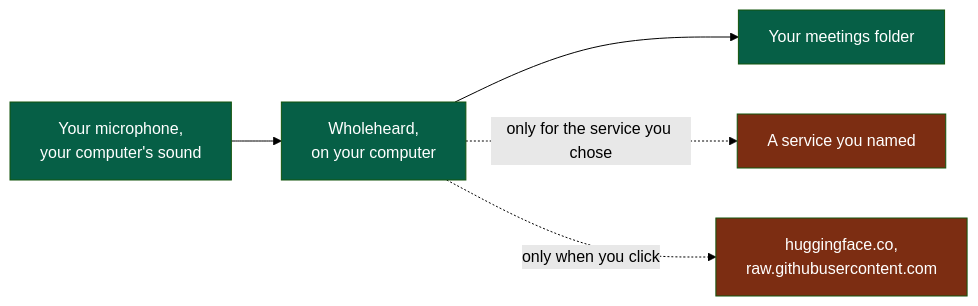
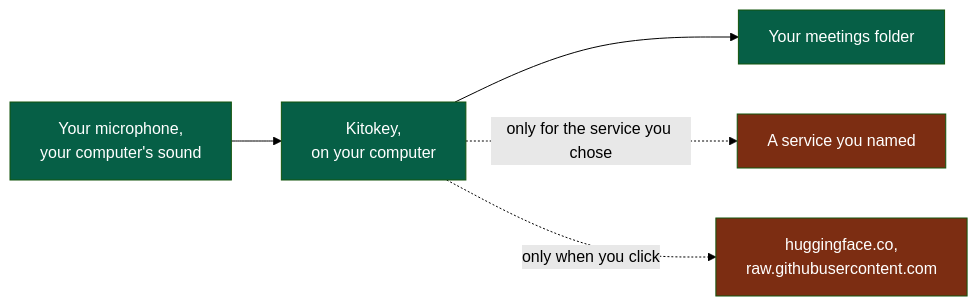
One commit to NapkinStack/kitokey changed the diagram in docs/privacy.md. Above: the diagram before and after it, drawn with Mermaid (forest theme). The commit also changed other lines of this file and 15 other files, not shown here.

````diff
--- a/docs/privacy.md
+++ b/docs/privacy.md
@@ -6,8 +6,8 @@
 ```mermaid
 flowchart LR
-    M["Your microphone,<br/>your computer's sound"]:::here --> W["Wholeheard,<br/>on your computer"]:::here --> F["Your meetings folder"]:::here
+    M["Your microphone,<br/>your computer's sound"]:::here --> W["Kitokey,<br/>on your computer"]:::here --> F["Your meetings folder"]:::here
     W -. "only for the service you chose" .-> S["A service you named"]:::out
     W -. "only when you click" .-> D["huggingface.co,<br/>raw.githubusercontent.com"]:::out
     classDef here fill:#065f46,color:#fff
     classDef out fill:#7c2d12,color:#fff
 ```
````
